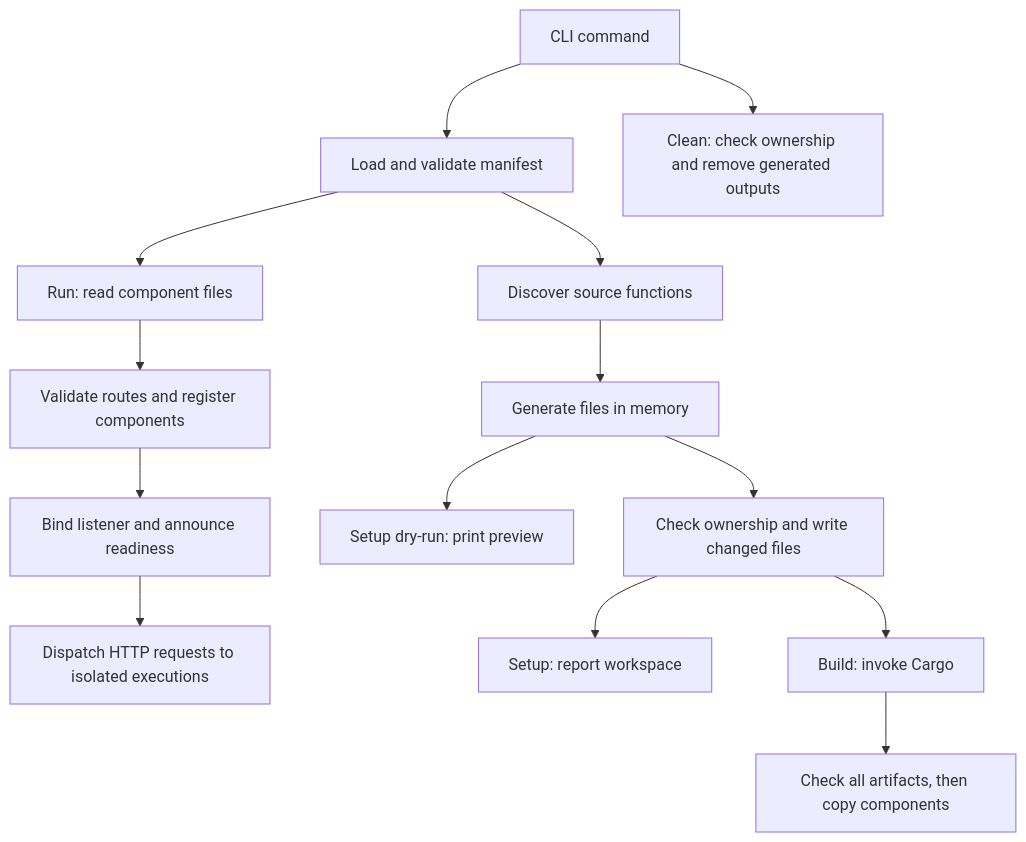
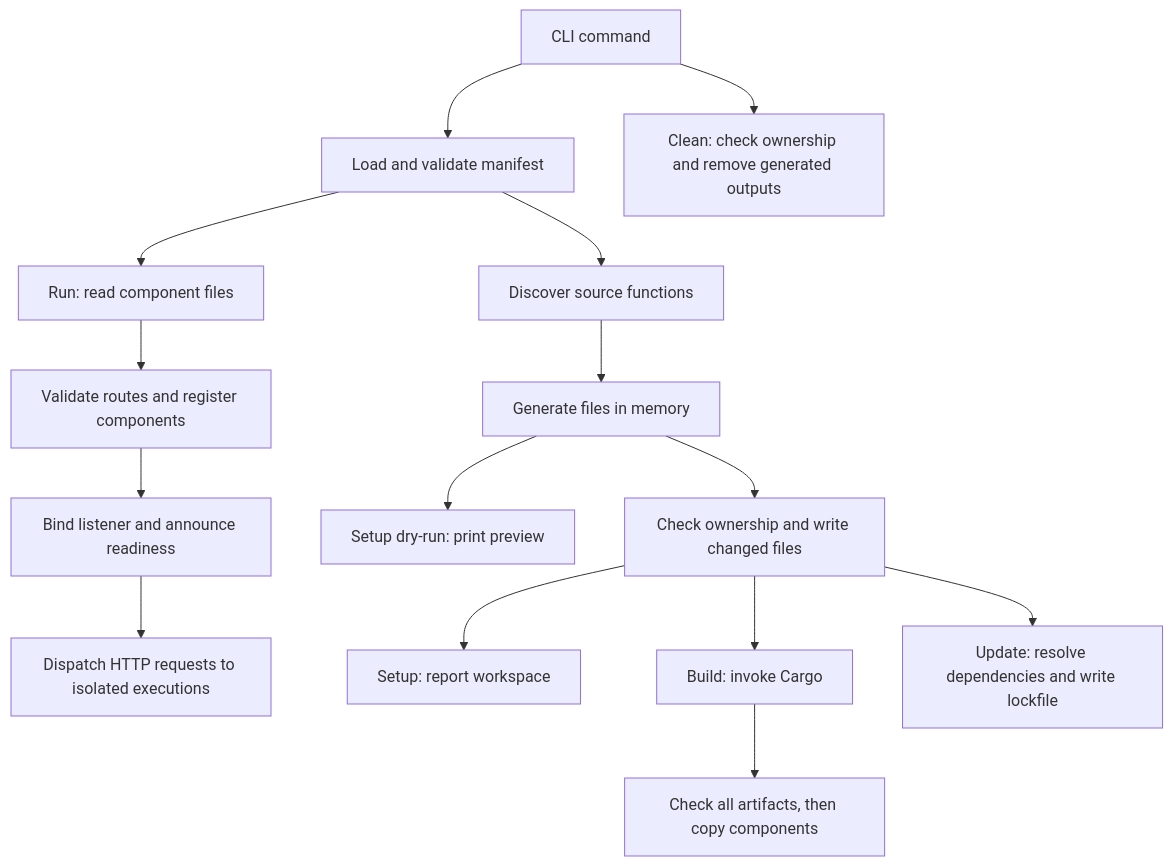
Before and after one commit to benjamin-wright/wasm-runner: the diagram in ARCHITECTURE.md, drawn with Mermaid. The commit also changed other lines of this file and 14 other files, not shown here.

````diff
--- a/ARCHITECTURE.md
+++ b/ARCHITECTURE.md
@@ -35,16 +35,17 @@
 ```mermaid
 flowchart TD
     CLI[CLI command] --> Load[Load and validate manifest]
     Load --> Read[Run: read component files]
     Read --> Prepare[Validate routes and register components]
     Prepare --> Bind[Bind listener and announce readiness]
     Bind --> Serve[Dispatch HTTP requests to isolated executions]
     Load --> Discover[Discover source functions]
     Discover --> Generate[Generate files in memory]
     Generate --> Preview[Setup dry-run: print preview]
     Generate --> Write[Check ownership and write changed files]
     Write --> Setup[Setup: report workspace]
     Write --> Cargo[Build: invoke Cargo]
+    Write --> Update[Update: resolve dependencies and write lockfile]
     Cargo --> Publish[Check all artifacts, then copy components]
     CLI --> Clean[Clean: check ownership and remove generated outputs]
 ```
````
